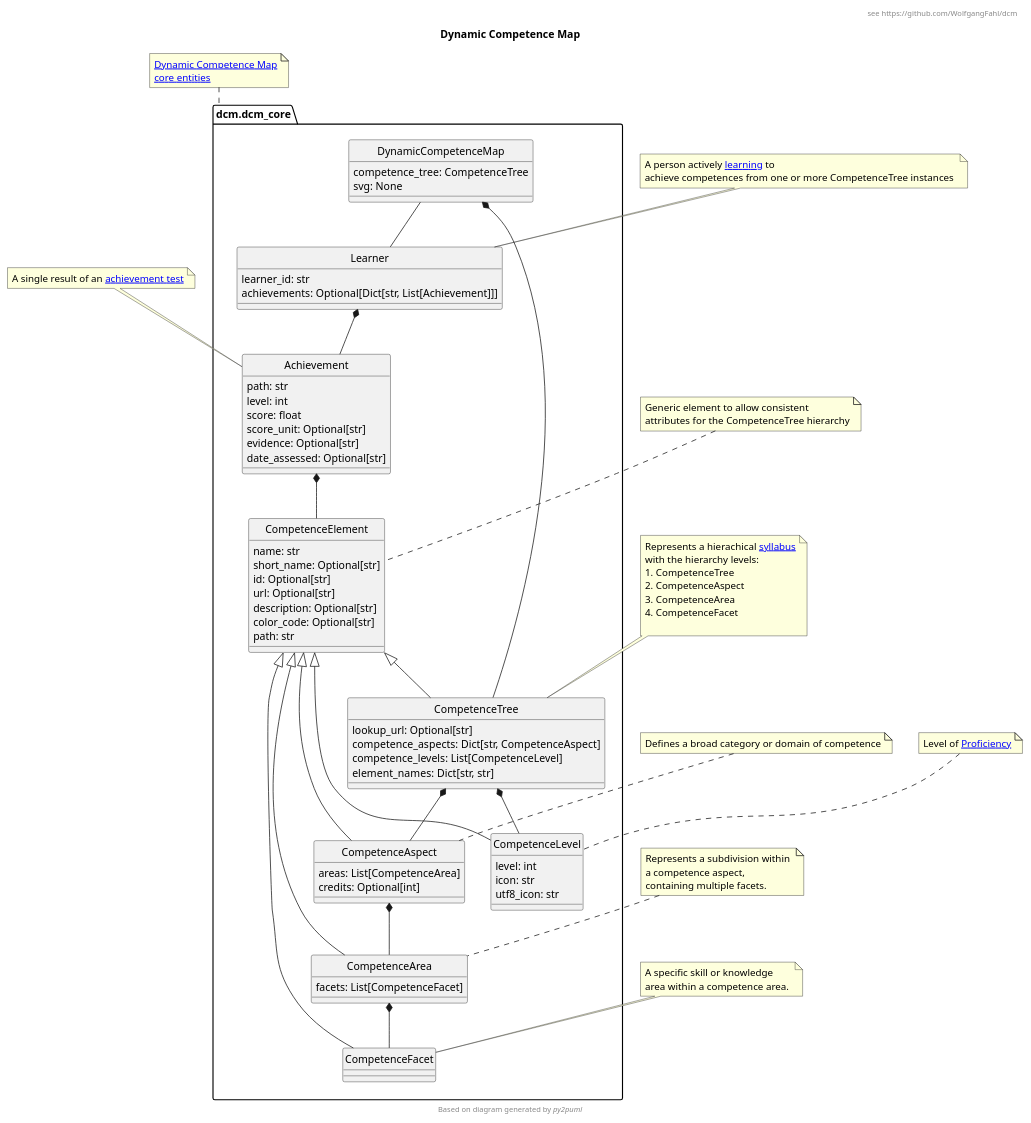
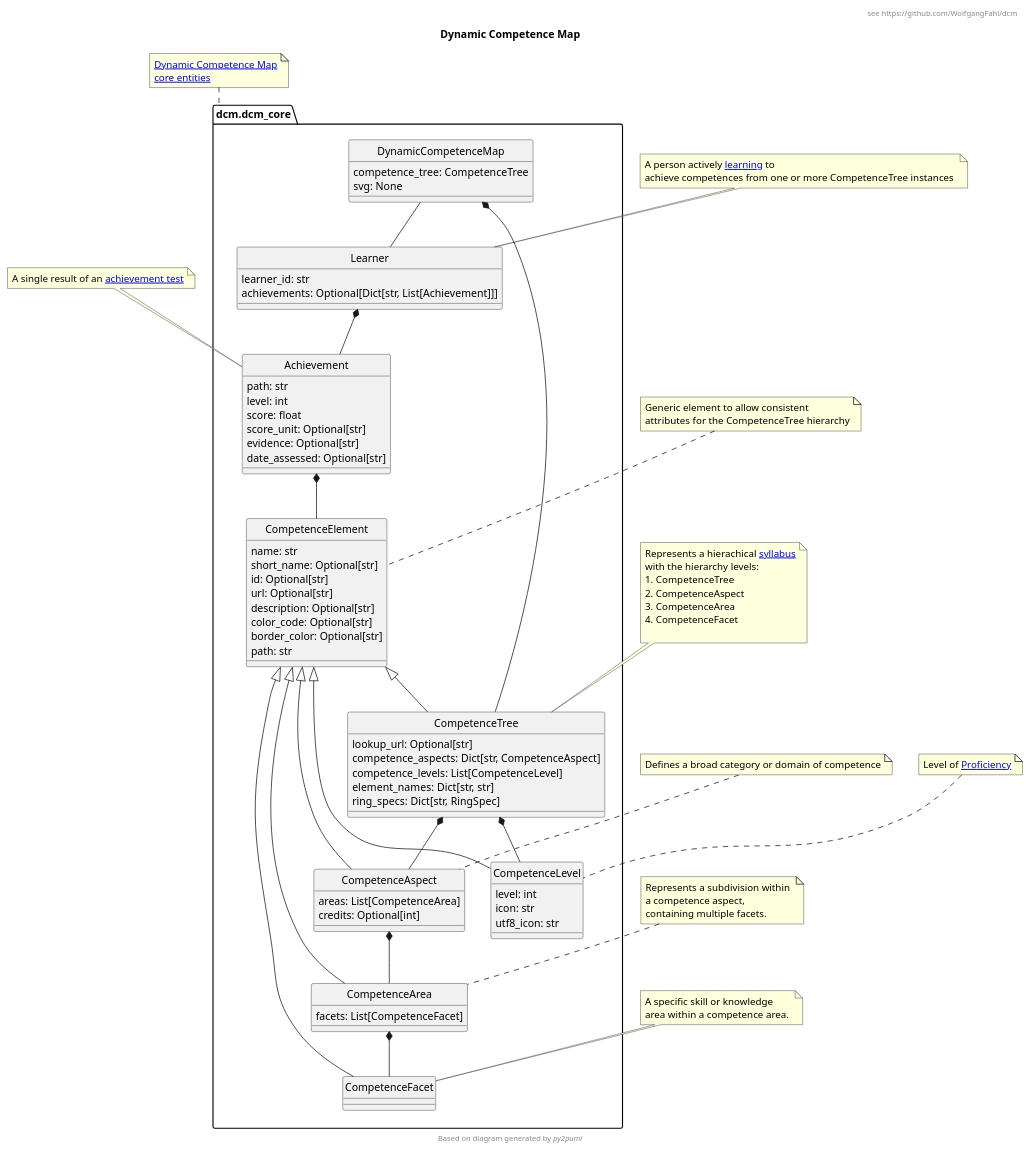
One commit to WolfgangFahl/dcm changed the diagram in dcm.puml. Above: the diagram before and after it, drawn with PlantUML. The commit also changed 8 other files, not shown here.

```diff
--- a/dcm.puml
+++ b/dcm.puml
@@ -1,115 +1,117 @@
 @startuml
 hide circle
 title Dynamic Competence Map
 header see https://github.com/WolfgangFahl/dcm
 !pragma useIntermediatePackages false
 
 class dcm.dcm_core.DynamicCompetenceMap {
   competence_tree: CompetenceTree
   svg: None
 }
 class dcm.dcm_core.Achievement {
   path: str
   level: int
   score: float
   score_unit: Optional[str]
   evidence: Optional[str]
   date_assessed: Optional[str]
 }
 note top of Achievement
 A single result of an [[https://en.wikipedia.org/wiki/Achievement_test achievement test]]
 end note
 
 class dcm.dcm_core.CompetenceAspect {
   areas: List[CompetenceArea]
   credits: Optional[int]
 }
 class dcm.dcm_core.CompetenceArea {
   facets: List[CompetenceFacet]
 }
 class dcm.dcm_core.CompetenceElement {
   name: str
   short_name: Optional[str]
   id: Optional[str]
   url: Optional[str]
   description: Optional[str]
   color_code: Optional[str]
+  border_color: Optional[str]
   path: str 
 }
 
 class dcm.dcm_core.CompetenceFacet {
 }
 class dcm.dcm_core.CompetenceLevel {
   level: int
   icon: str
   utf8_icon: str
 }
 
 class dcm.dcm_core.CompetenceTree {
   lookup_url: Optional[str]
   competence_aspects: Dict[str, CompetenceAspect]
   competence_levels: List[CompetenceLevel]
   element_names: Dict[str, str]
+  ring_specs: Dict[str, RingSpec] 
 }
 note top of CompetenceElement
 Generic element to allow consistent
 attributes for the CompetenceTree hierarchy
 end note
 
 note top of CompetenceAspect
 Defines a broad category or domain of competence
 end note
 
 note top of CompetenceArea
 Represents a subdivision within 
 a competence aspect, 
 containing multiple facets. 
 end note
 
 note top of CompetenceFacet
 A specific skill or knowledge 
 area within a competence area. 
 end note
 
 note top of CompetenceLevel
 Level of [[https://en.wikipedia.org/wiki/Expert Proficiency]]
 end note
 
 note top of CompetenceTree
 Represents a hierachical [[https://en.wikipedia.org/wiki/Syllabus syllabus]]
 with the hierarchy levels:
 # CompetenceTree
 # CompetenceAspect
 # CompetenceArea
 # CompetenceFacet
 
 end note
 
 class dcm.dcm_core.Learner {
   learner_id: str
   achievements: Optional[Dict[str, List[Achievement]]]
 }
 note top of Learner
 A person actively [[https://en.wikipedia.org/wiki/Learning learning]] to 
 achieve competences from one or more CompetenceTree instances 
 end note
 
 note top of dcm.dcm_core
 [[https://github.com/WolfgangFahl/dcm/blob/main/dcm/dcm_core.py Dynamic Competence Map\ncore entities]]
 end note
 
 dcm.dcm_core.DynamicCompetenceMap *-- dcm.dcm_core.CompetenceTree
 dcm.dcm_core.DynamicCompetenceMap -- dcm.dcm_core.Learner
 dcm.dcm_core.CompetenceAspect *-- dcm.dcm_core.CompetenceArea
 dcm.dcm_core.CompetenceArea *-- dcm.dcm_core.CompetenceFacet
 dcm.dcm_core.CompetenceElement <|-- dcm.dcm_core.CompetenceAspect
 dcm.dcm_core.CompetenceElement <|-- dcm.dcm_core.CompetenceArea
 dcm.dcm_core.CompetenceElement <|-- dcm.dcm_core.CompetenceFacet
 dcm.dcm_core.CompetenceElement <|-- dcm.dcm_core.CompetenceLevel
 dcm.dcm_core.CompetenceTree *-- dcm.dcm_core.CompetenceAspect
 dcm.dcm_core.CompetenceTree *-- dcm.dcm_core.CompetenceLevel
 dcm.dcm_core.CompetenceElement <|-- dcm.dcm_core.CompetenceTree
 dcm.dcm_core.Learner *-- dcm.dcm_core.Achievement
 dcm.dcm_core.Achievement *-- dcm.dcm_core.CompetenceElement
 footer Based on diagram generated by //py2puml//
 @enduml
```
